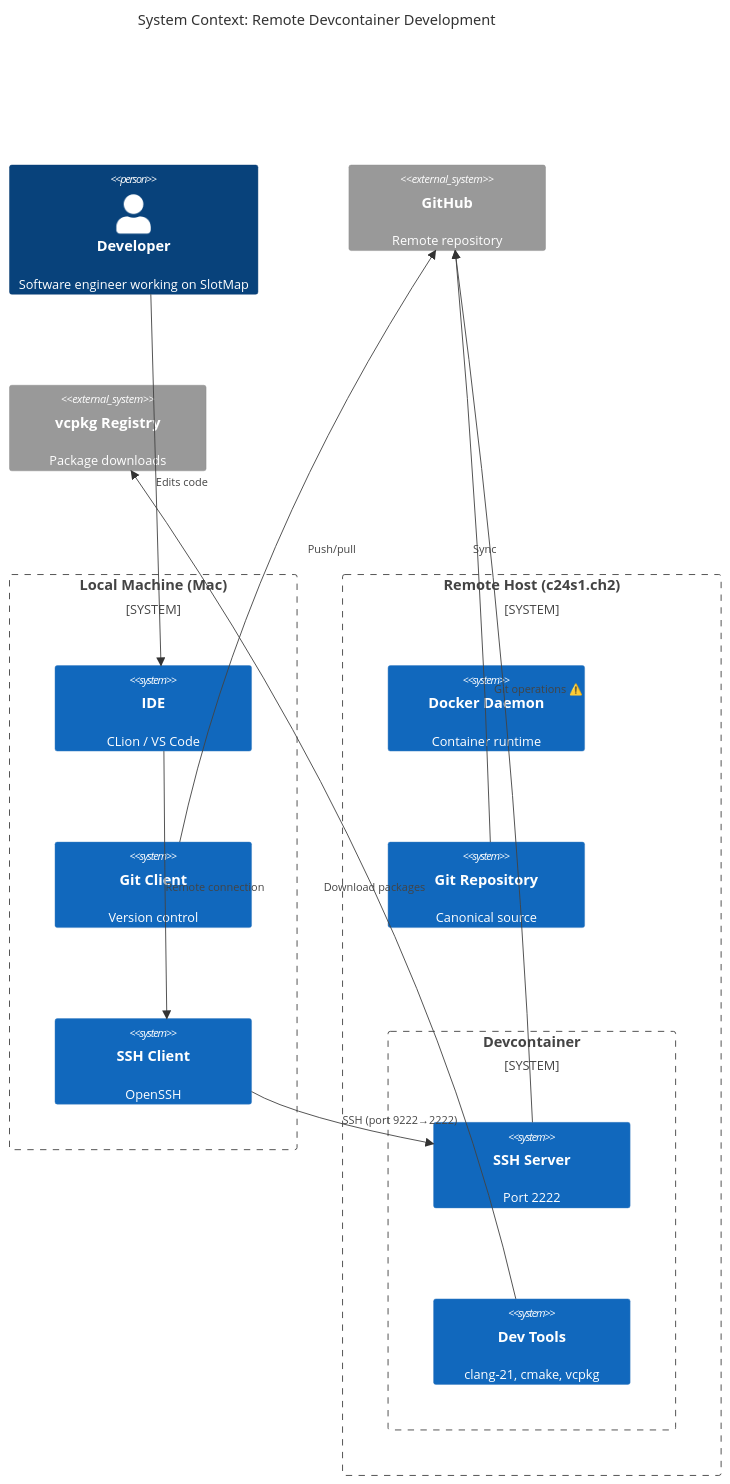
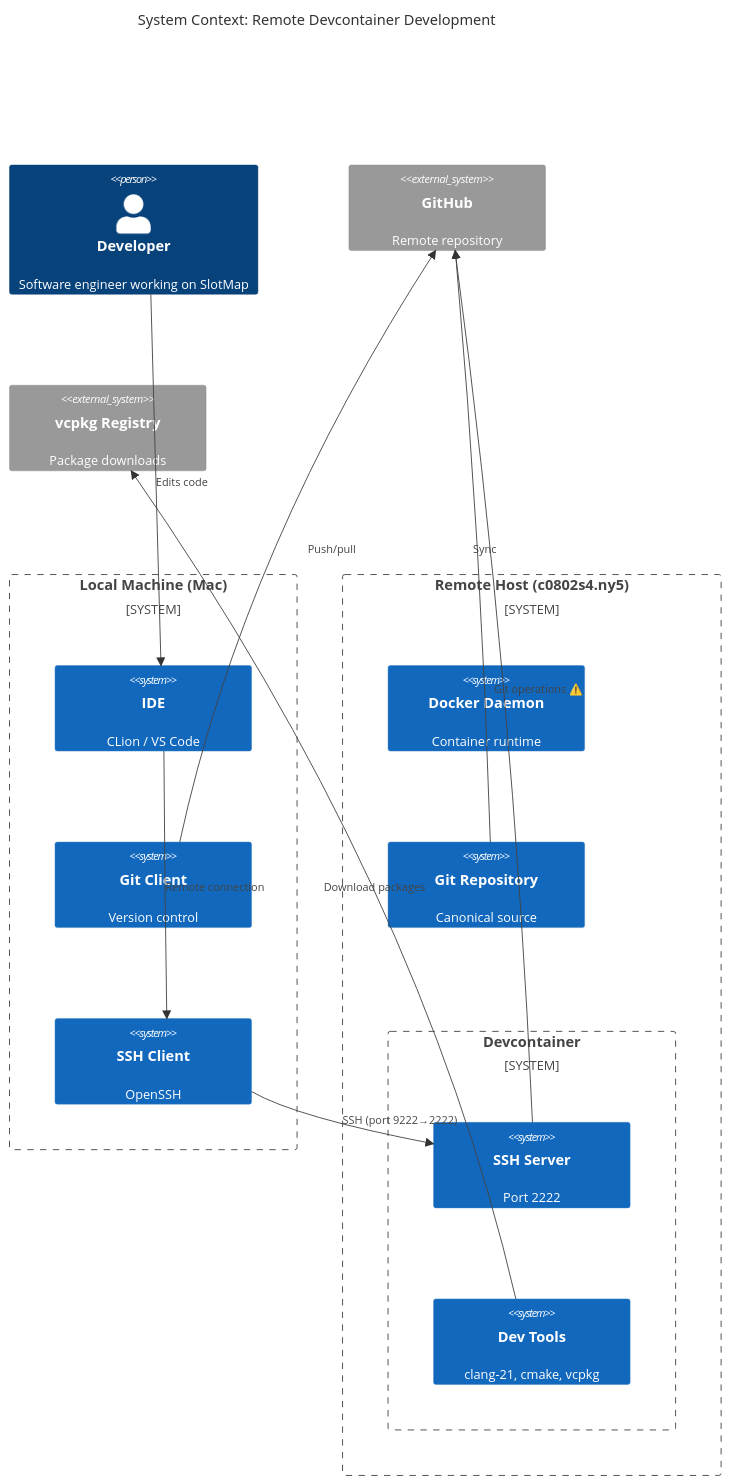
The first of 23 diagrams in docs/WORKFLOW_DIAGRAMS.md (rmanaloto-tastytrade/SlotMap), drawn with Mermaid before and after one commit. The commit also changed other lines of this file and 14 other files, not shown here.

````diff
--- a/docs/WORKFLOW_DIAGRAMS.md
+++ b/docs/WORKFLOW_DIAGRAMS.md
@@ -26,33 +26,33 @@
 ```mermaid
 C4Context
     title System Context: Remote Devcontainer Development
 
     Person(developer, "Developer", "Software engineer working on SlotMap")
 
     System_Boundary(local, "Local Machine (Mac)") {
         System(ide, "IDE", "CLion / VS Code")
         System(git, "Git Client", "Version control")
         System(ssh, "SSH Client", "OpenSSH")
     }
 
-    System_Boundary(remote, "Remote Host (c24s1.ch2)") {
+    System_Boundary(remote, "Remote Host (c0802s4.ny5)") {
         System(docker, "Docker Daemon", "Container runtime")
         System(repo, "Git Repository", "Canonical source")
 
         System_Boundary(container, "Devcontainer") {
             System(sshd, "SSH Server", "Port 2222")
             System(tools, "Dev Tools", "clang-21, cmake, vcpkg")
         }
     }
 
     System_Ext(github, "GitHub", "Remote repository")
     System_Ext(vcpkg, "vcpkg Registry", "Package downloads")
 
     Rel(developer, ide, "Edits code")
     Rel(ide, ssh, "Remote connection")
     Rel(ssh, sshd, "SSH (port 9222→2222)")
     Rel(git, github, "Push/pull")
     Rel(repo, github, "Sync")
     Rel(tools, vcpkg, "Download packages")
     Rel(sshd, github, "Git operations ⚠️")
 ```
````
